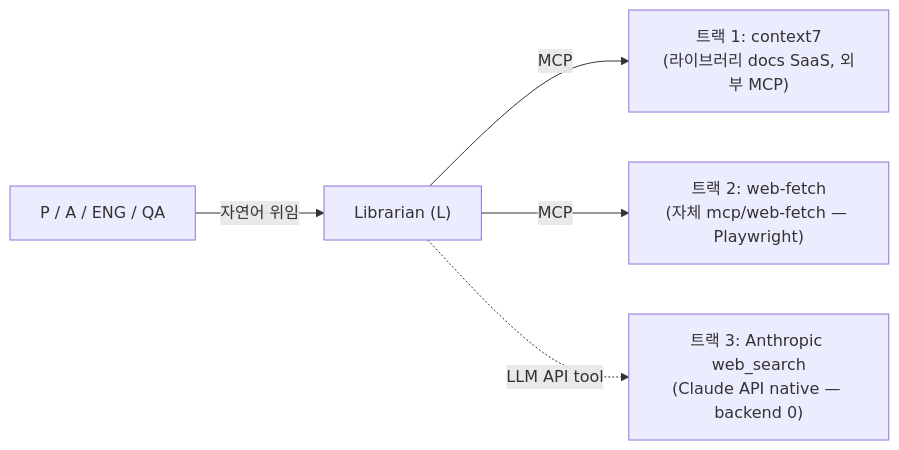
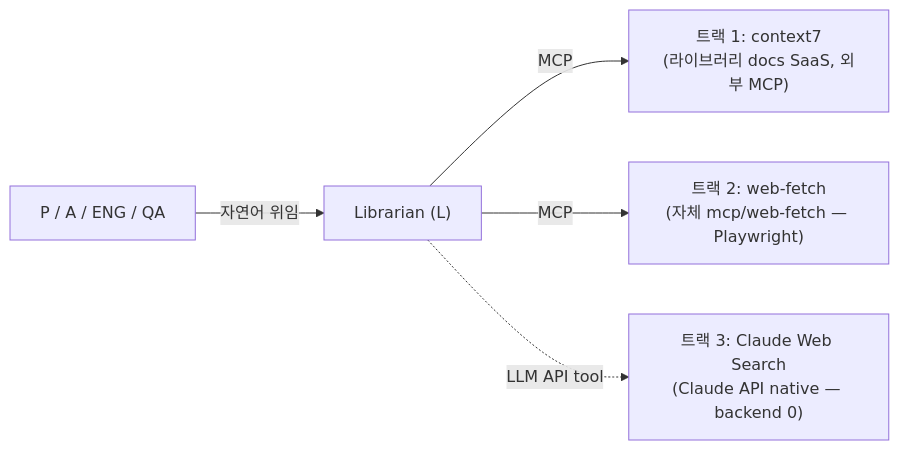
Before and after one commit to vonkernel/dev-team: the diagram in docs/proposal/architecture-external-research.md, drawn with Mermaid. The commit also changed other lines of this file and 4 other files, not shown here.

First line of the commit message:
docs: 외부 리소스 조사 트랙 3 표기 통일 — Anthropic web_search → Claude Web Search (#66)

````diff
--- a/docs/proposal/architecture-external-research.md
+++ b/docs/proposal/architecture-external-research.md
@@ -9,8 +9,8 @@
 ```mermaid
 flowchart LR
     OtherAgents["P / A / ENG / QA"]
     OtherAgents -->|자연어 위임| L["Librarian (L)"]
     L -->|MCP| C7["트랙 1: context7<br/>(라이브러리 docs SaaS, 외부 MCP)"]
     L -->|MCP| WF["트랙 2: web-fetch<br/>(자체 mcp/web-fetch — Playwright)"]
-    L -.LLM API tool.-> WS["트랙 3: Anthropic web_search<br/>(Claude API native — backend 0)"]
+    L -.LLM API tool.-> WS["트랙 3: Claude Web Search<br/>(Claude API native — backend 0)"]
 ```
````
